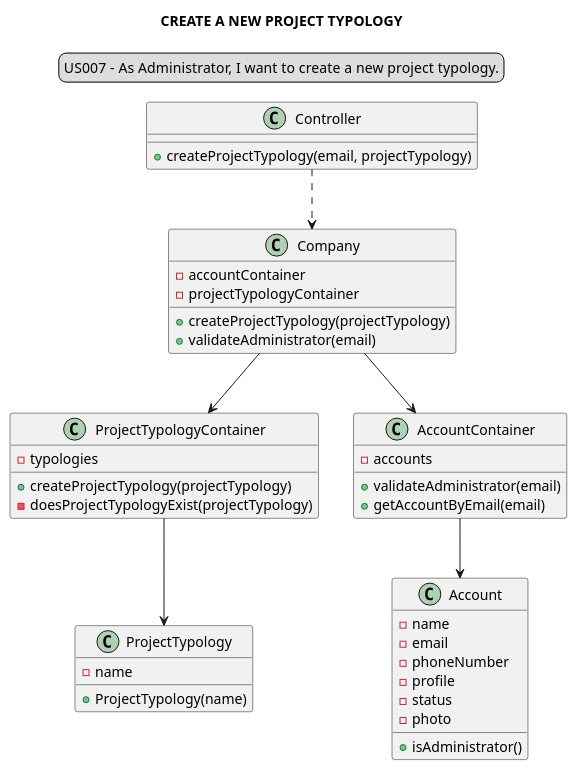
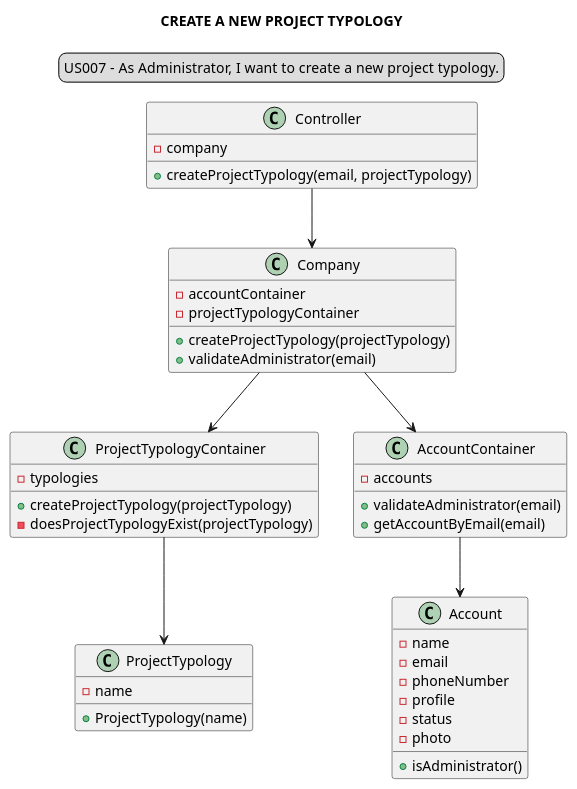
One commit to Loracline/project_switch_22-23 changed the diagram in docs/modelling_design/user_stories/sprint02/us007/US007_classDiagram.puml. Above: the diagram before and after it, drawn with PlantUML. The commit also changed 3 other files, not shown here.

Commit message:
US007: Design: image replacement US007_classDiagram, US007_sequenceDiagram

```diff
--- a/docs/modelling_design/user_stories/sprint02/us007/US007_classDiagram.puml
+++ b/docs/modelling_design/user_stories/sprint02/us007/US007_classDiagram.puml
@@ -1,49 +1,50 @@
 @startuml
 
 legend top
 US007 -  As Administrator, I want to create a new project typology.
 end legend
 skinparam sequenceMessageAlign center
 title CREATE A NEW PROJECT TYPOLOGY
 
-"Controller" ..> "Company"
+"Controller" --> "Company"
 "Company" --> "ProjectTypologyContainer"
 "Company" --> "AccountContainer"
 "ProjectTypologyContainer" --> "ProjectTypology"
 "AccountContainer" --> "Account"
 
 class "Controller" {
+- company
 +createProjectTypology(email, projectTypology)
 }
 class "Company" {
 -accountContainer
 -projectTypologyContainer
 +createProjectTypology(projectTypology)
 +validateAdministrator(email)
 }
 class "ProjectTypologyContainer"{
 -typologies
 +createProjectTypology(projectTypology)
 -doesProjectTypologyExist(projectTypology)
 }
 class "AccountContainer"{
 -accounts
 +validateAdministrator(email)
 +getAccountByEmail(email)
 }
 class "ProjectTypology"{
 -name
 +ProjectTypology(name)
 }
 
 class "Account"{
 -name
 -email
 -phoneNumber
 -profile
 -status
 -photo
 +isAdministrator()
 }
 
 @enduml
```
